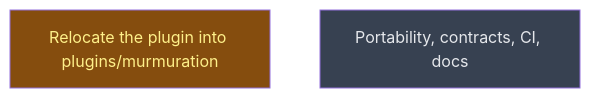
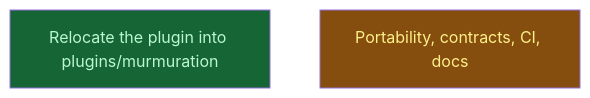
The diagram in __roadmap__/claude_code_release/README.md (CrackingShells/Murmuration), drawn with Mermaid before and after one commit. The commit also changed other lines of this file and 1 other file, not shown here.

Commit message:
docs(roadmap): relocate_plugin done; depth-1 leaves start

````diff
--- a/__roadmap__/claude_code_release/README.md
+++ b/__roadmap__/claude_code_release/README.md
@@ -33,10 +33,10 @@
 ```mermaid
 graph TD
-    relocate_plugin[Relocate the plugin into plugins/murmuration]:::inprogress
-    next[Portability, contracts, CI, docs]:::planned
+    relocate_plugin[Relocate the plugin into plugins/murmuration]:::done
+    next[Portability, contracts, CI, docs]:::inprogress
     classDef done       fill:#166534,color:#bbf7d0
     classDef inprogress fill:#854d0e,color:#fef08a
     classDef planned    fill:#374151,color:#e5e7eb
     classDef amendment  fill:#1e3a5f,color:#bfdbfe
     classDef blocked    fill:#7f1d1d,color:#fecaca
 ```
````
